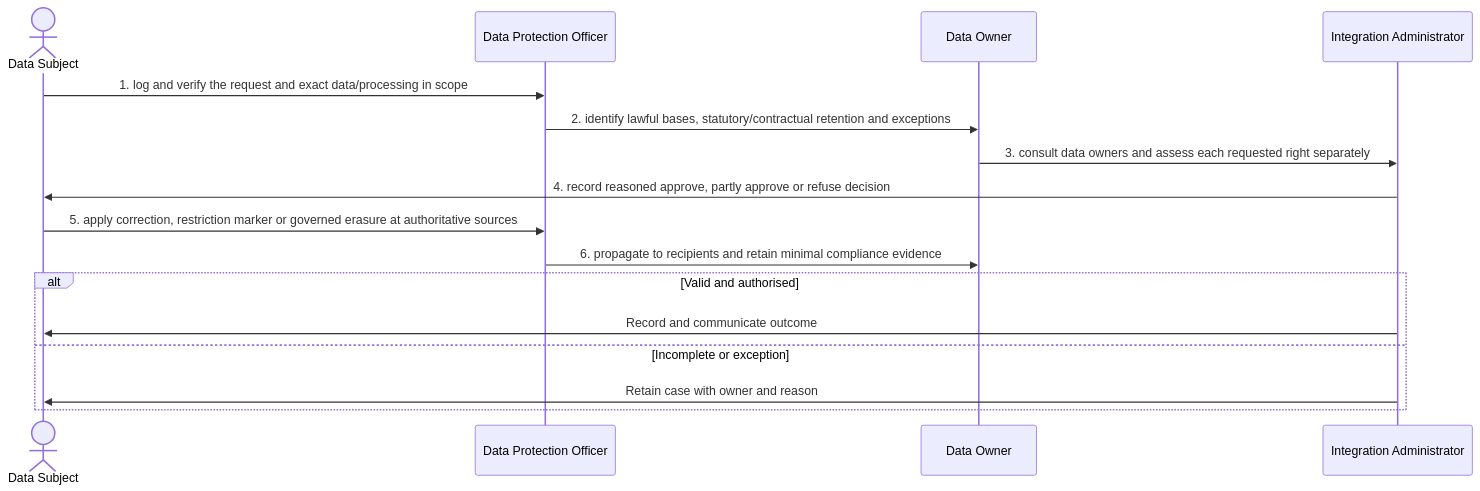
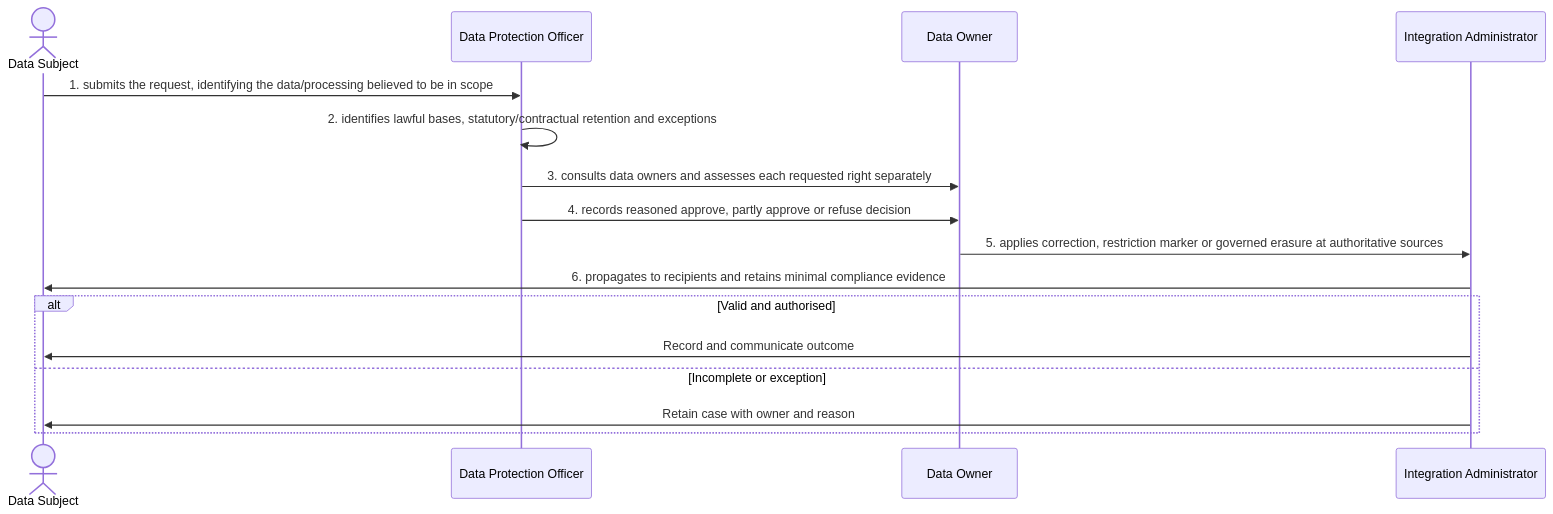
The diagram in docs/business-processes/08-record-governance-and-lifecycle/bp-08-004-assess-restriction-rectification-or-erasure-rights.md (RevelationCore/Revelation-SRS), drawn with Mermaid before and after one commit. The commit also changed other lines of this file and 96 other files, not shown here.

````diff
--- a/docs/business-processes/08-record-governance-and-lifecycle/bp-08-004-assess-restriction-rectification-or-erasure-rights.md
+++ b/docs/business-processes/08-record-governance-and-lifecycle/bp-08-004-assess-restriction-rectification-or-erasure-rights.md
@@ -158,18 +158,18 @@
 ```mermaid
 sequenceDiagram
     actor A1 as Data Subject
     participant A2 as Data Protection Officer
     participant A3 as Data Owner
     participant A4 as Integration Administrator
-    A1->>A2: 1. log and verify the request and exact data/processing in scope
-    A2->>A3: 2. identify lawful bases, statutory/contractual retention and exceptions
-    A3->>A4: 3. consult data owners and assess each requested right separately
-    A4->>A1: 4. record reasoned approve, partly approve or refuse decision
-    A1->>A2: 5. apply correction, restriction marker or governed erasure at authoritative sources
-    A2->>A3: 6. propagate to recipients and retain minimal compliance evidence
+    A1->>A2: 1. submits the request, identifying the data/processing believed to be in scope
+    A2->>A2: 2. identifies lawful bases, statutory/contractual retention and exceptions
+    A2->>A3: 3. consults data owners and assesses each requested right separately
+    A2->>A3: 4. records reasoned approve, partly approve or refuse decision
+    A3->>A4: 5. applies correction, restriction marker or governed erasure at authoritative sources
+    A4->>A1: 6. propagates to recipients and retains minimal compliance evidence
     alt Valid and authorised
         A4->>A1: Record and communicate outcome
     else Incomplete or exception
         A4->>A1: Retain case with owner and reason
     end
 ```
````
